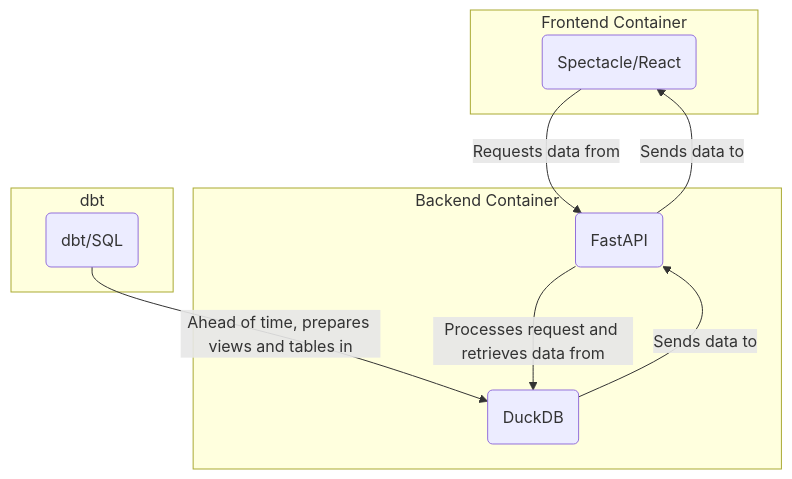
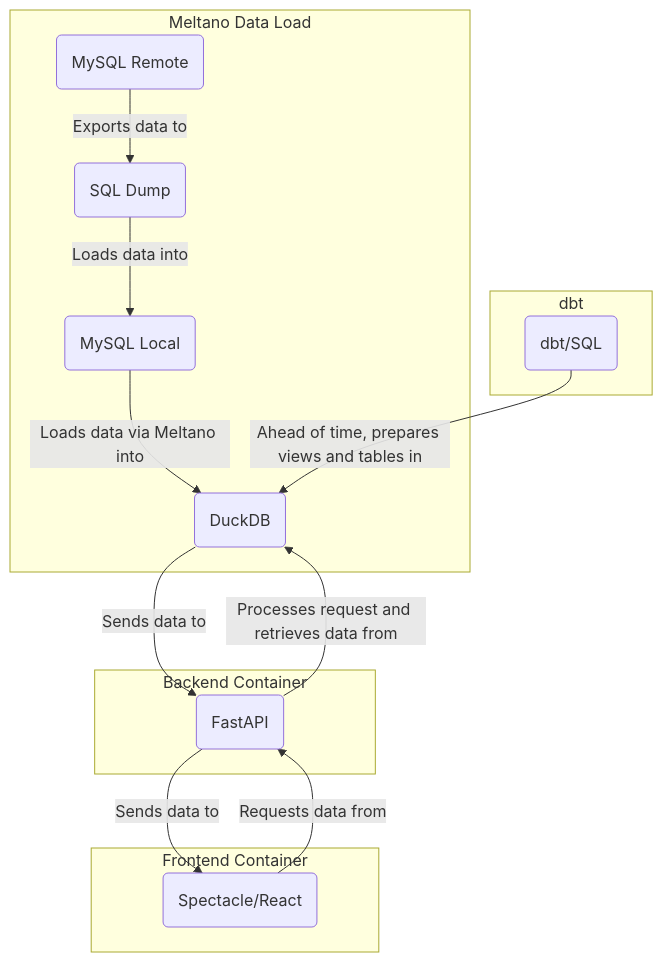
The diagram in README.md (PiechZ/greybox_wrapped), drawn with Mermaid before and after one commit.

Commit message:
Add the preprocessing step to README

````diff
--- a/README.md
+++ b/README.md
@@ -16,17 +16,22 @@
 ```mermaid
 
 graph TD
+  subgraph Meltano Data Load
+    DB1(MySQL Remote) -->|Exports data to| Dump(SQL Dump)
+    Dump -->|Loads data into| DB2(MySQL Local)
+    DB2 -->|Loads data via Meltano into| C(DuckDB)
+  end
   subgraph Frontend Container
     A(Spectacle/React) 
   end
   subgraph Backend Container
     A(Spectacle/React) -->|Requests data from| B(FastAPI)
     B(FastAPI) -->|Sends data to| A(Spectacle/React)
     B(FastAPI) -->|Processes request and retrieves data from| C(DuckDB)
     C(DuckDB) -->| Sends data to| B(FastAPI)
   end
   subgraph dbt
     D(dbt/SQL) -->| Ahead of time, prepares views and tables in | C(DuckDB)
   end
 
 ```
````
